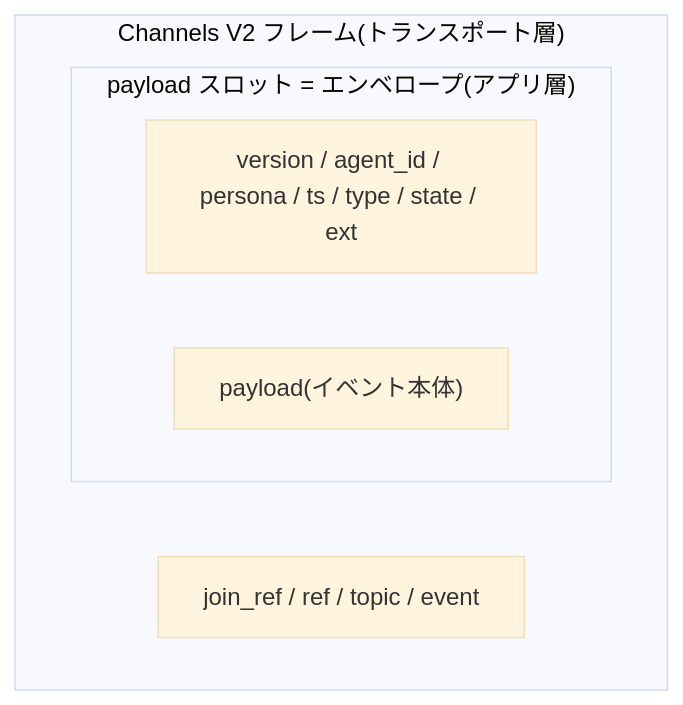
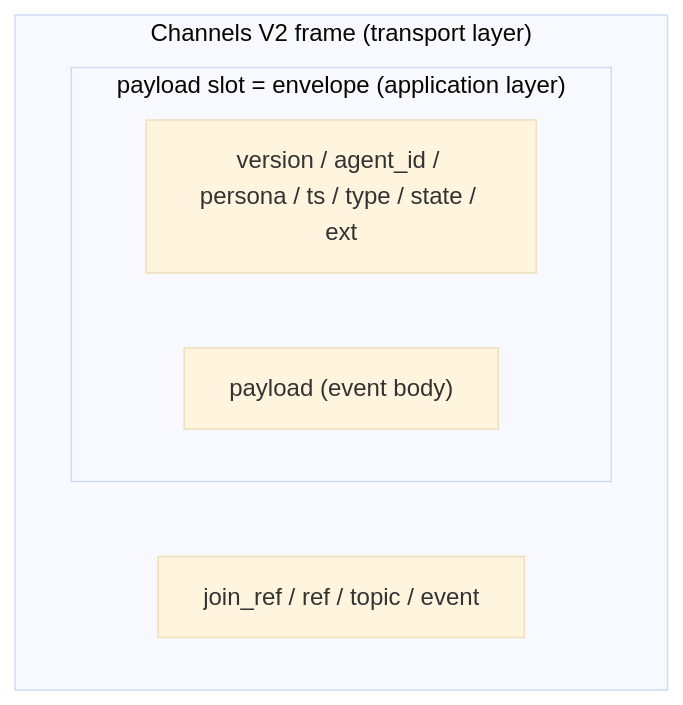
One commit to sakuraiyuta/kaoiro changed the first of 2 diagrams in docs/specs/protocol.md. Above: the diagram before and after it, drawn with Mermaid (base theme). The commit also changed other lines of this file and 3 other files, not shown here.

````diff
--- a/docs/specs/protocol.md
+++ b/docs/specs/protocol.md
@@ -41,12 +41,12 @@
 ```mermaid
 flowchart LR
-  subgraph Frame["Channels V2 フレーム(トランスポート層)"]
+  subgraph Frame["Channels V2 frame (transport layer)"]
     direction LR
     meta["join_ref / ref / topic / event"]
-    subgraph Env["payload スロット = エンベロープ(アプリ層)"]
+    subgraph Env["payload slot = envelope (application layer)"]
       direction LR
       keys["version / agent_id / persona / ts / type / state / ext"]
-      body["payload(イベント本体)"]
+      body["payload (event body)"]
     end
   end
 ```
````
